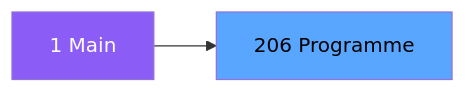
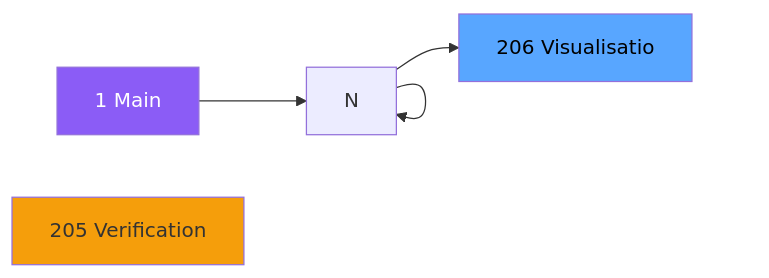
Before and after one commit to thonyAGP/magic-migration: the second of 3 diagrams in .openspec/specs/ADH-IDE-206.md, drawn with Mermaid. The commit also changed other lines of this file and 323 other files, not shown here.

````diff
--- a/.openspec/specs/ADH-IDE-206.md
+++ b/.openspec/specs/ADH-IDE-206.md
@@ -98,8 +106,13 @@
 ```mermaid
 graph LR
     M[1 Main]
-    T[206 Programme]
-    M --> T
+    N205[205 Verification]
+    T[206 Visualisatio]
+    M --> N
+    N --> N
+    N --> N
+    N --> T
     style M fill:#8b5cf6,color:#fff
+    style N205 fill:#f59e0b
     style T fill:#58a6ff,color:#000
 ```
````
